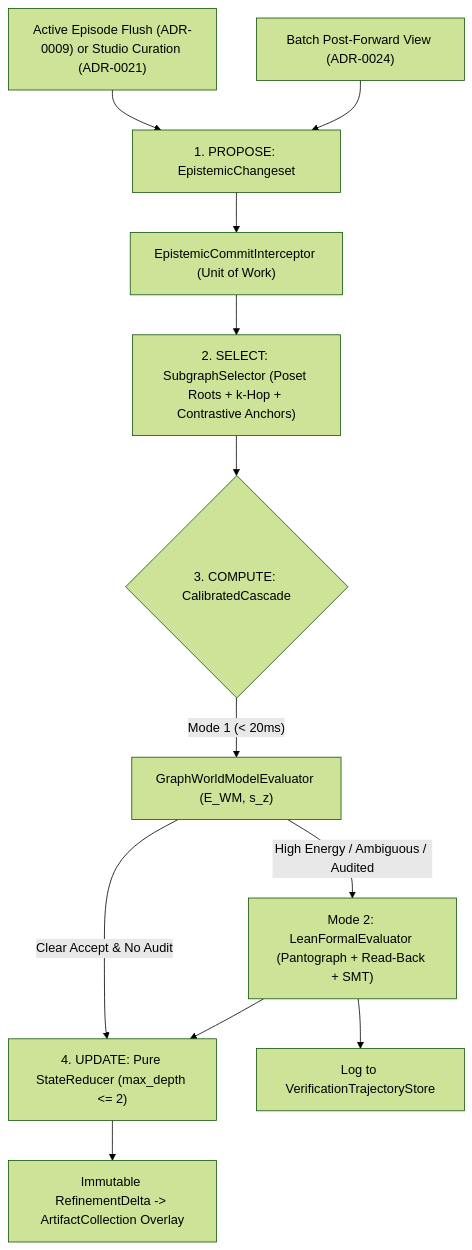
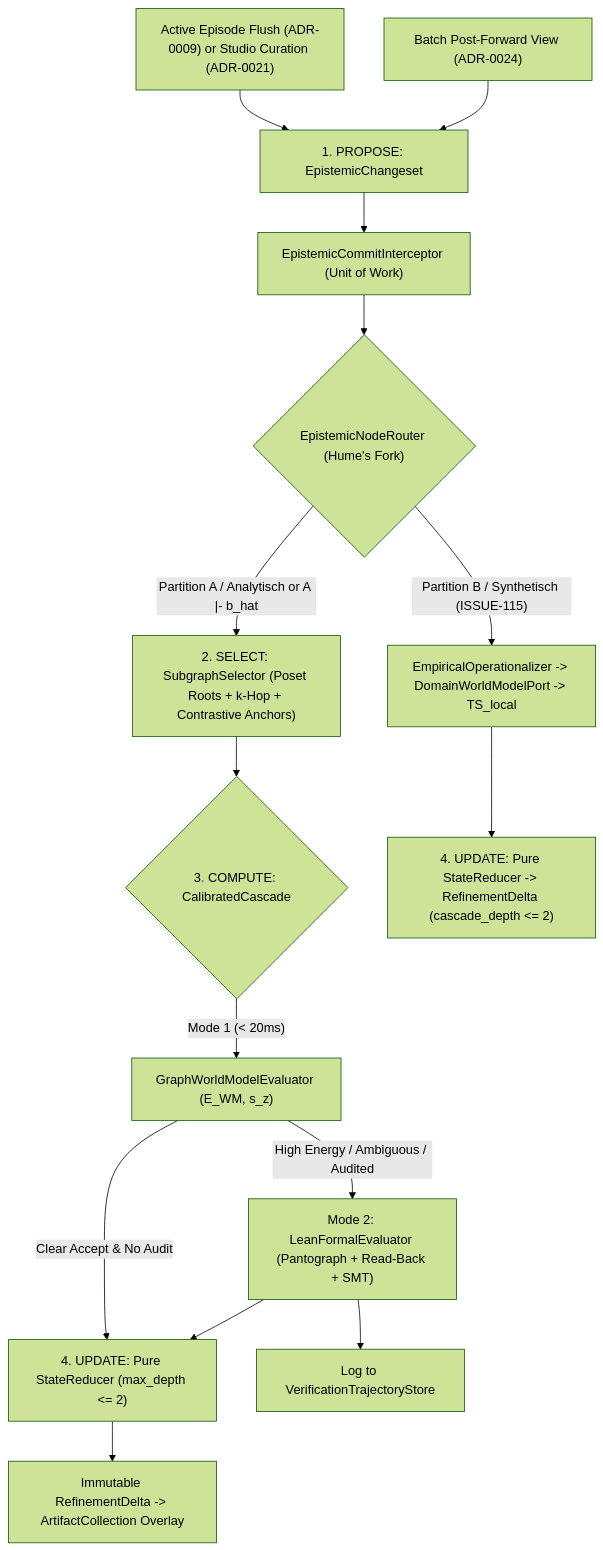
Before and after one commit to maxoem/EpistemeX: the diagram in issues/12-neuro-symbolic-world-models-and-lean/ISSUE-111-core-epistemic-commit-interceptor-and-operator-algebra.md, drawn with Mermaid (forest theme). The commit also changed other lines of this file and 5 other files, not shown here.

````diff
--- a/issues/12-neuro-symbolic-world-models-and-lean/ISSUE-111-core-epistemic-commit-interceptor-and-operator-algebra.md
+++ b/issues/12-neuro-symbolic-world-models-and-lean/ISSUE-111-core-epistemic-commit-interceptor-and-operator-algebra.md
@@ -32,14 +32,17 @@
 ```mermaid
 flowchart TD
     Active["Active Episode Flush (ADR-0009) or Studio Curation (ADR-0021)"] --> Propose["1. PROPOSE: EpistemicChangeset"]
     Batch["Batch Post-Forward View (ADR-0024)"] --> Propose
     Propose --> Interceptor["EpistemicCommitInterceptor (Unit of Work)"]
-    Interceptor --> Select["2. SELECT: SubgraphSelector (Poset Roots + k-Hop + Contrastive Anchors)"]
+    Interceptor --> Router{"EpistemicNodeRouter (Hume's Fork)"}
+    Router -->|"Partition B / Synthetisch (ISSUE-115)"| Empirical["EmpiricalOperationalizer -> DomainWorldModelPort -> TS_local"]
+    Router -->|"Partition A / Analytisch or A |- b_hat"| Select["2. SELECT: SubgraphSelector (Poset Roots + k-Hop + Contrastive Anchors)"]
     Select --> Cascade{"3. COMPUTE: CalibratedCascade"}
+    Empirical --> Update["4. UPDATE: Pure StateReducer -> RefinementDelta (cascade_depth <= 2)"]
     Cascade -->|"Mode 1 (< 20ms)"| WM["GraphWorldModelEvaluator (E_WM, s_z)"]
     WM -->|"Clear Accept & No Audit"| Reduce
     WM -->|"High Energy / Ambiguous / Audited"| Lean["Mode 2: LeanFormalEvaluator (Pantograph + Read-Back + SMT)"]
     Lean --> Replay["Log to VerificationTrajectoryStore"]
     Lean --> Reduce["4. UPDATE: Pure StateReducer (max_depth <= 2)"]
     Reduce --> Delta["Immutable RefinementDelta -> ArtifactCollection Overlay"]
 ```
````
